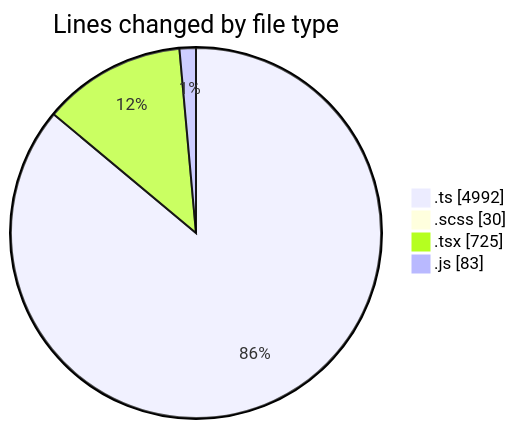
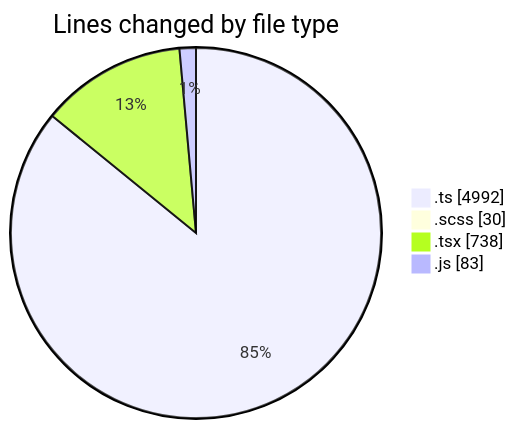
The first of 2 diagrams in 2025-09-12/cda/README.md (momahboobian/code-tracking), drawn with Mermaid before and after one commit. The commit also changed other lines of this file and 1 other file, not shown here.

````diff
--- a/2025-09-12/cda/README.md
+++ b/2025-09-12/cda/README.md
@@ -30,8 +30,8 @@
 ```mermaid
 pie showData
 title Lines changed by file type
 ".ts" : 4992
 ".scss" : 30
-".tsx" : 725
+".tsx" : 738
 ".js" : 83
 ```
````
